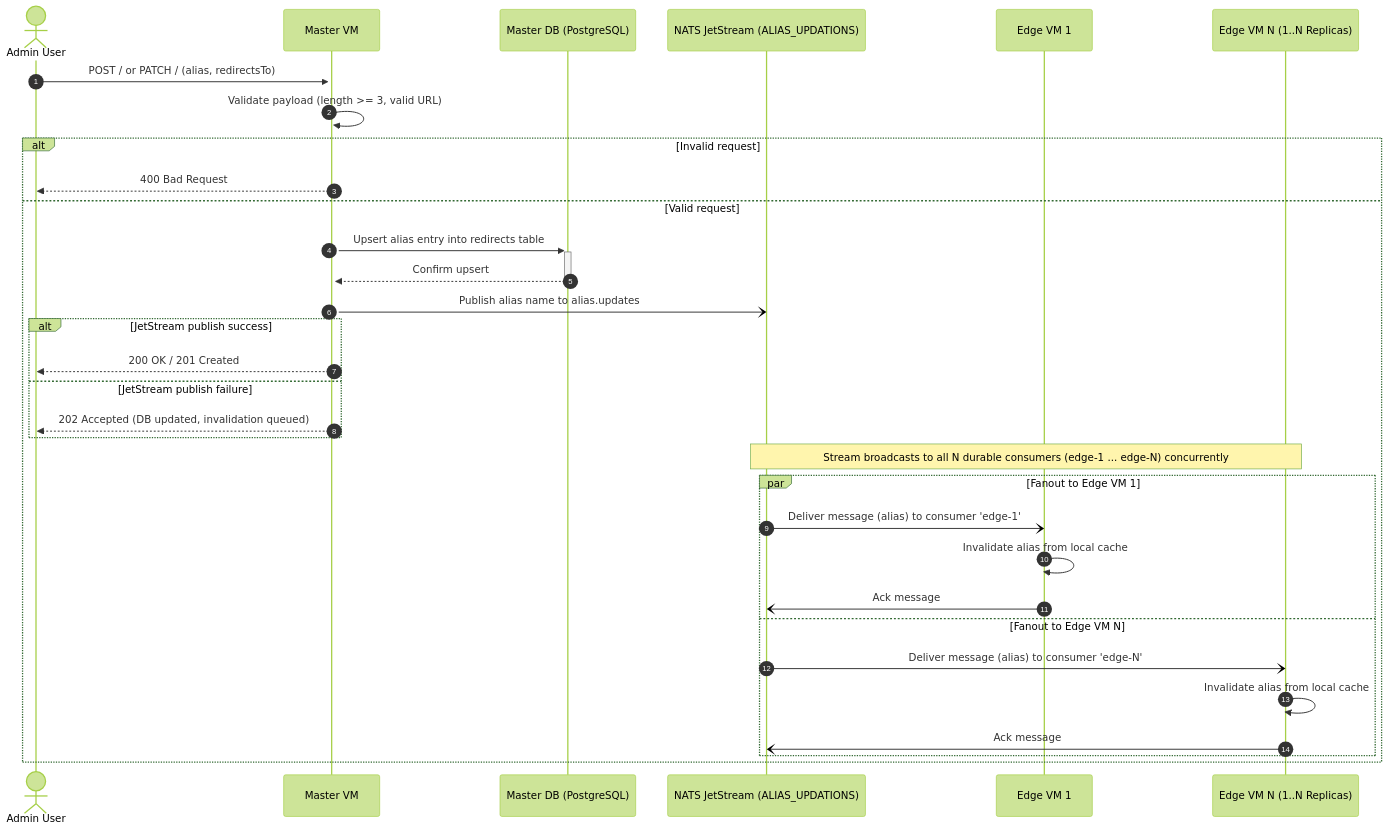
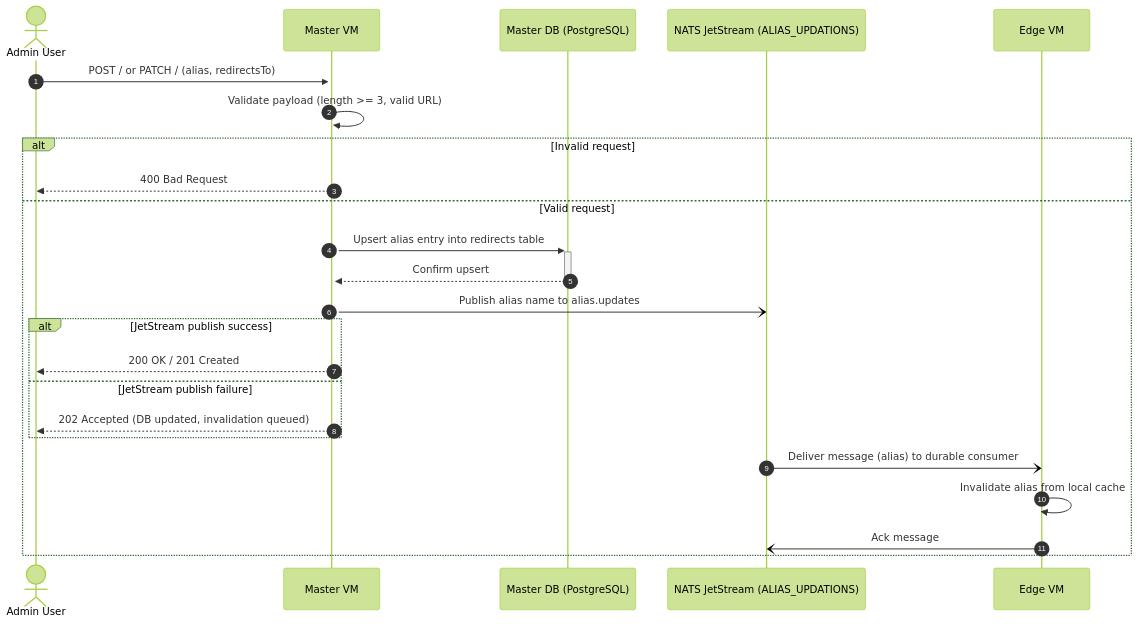
Before and after one commit to AyushmanTripathy/url-shortener: the third of 9 diagrams in Readme.md, drawn with Mermaid (forest theme). The commit also changed other lines of this file, not shown here.

First line of the commit message:
docs: simplify Revision 3 diagrams to single edge instance

````diff
--- a/Readme.md
+++ b/Readme.md
@@ -144,36 +125,28 @@
 ```mermaid
 sequenceDiagram
     autonumber
     actor Admin as Admin User
     participant Master as Master VM
     participant DB as Master DB (PostgreSQL)
     participant NATS as NATS JetStream (ALIAS_UPDATIONS)
-    participant Edge1 as Edge VM 1
-    participant EdgeN as Edge VM N (1..N Replicas)
+    participant Edge as Edge VM
 
     Admin->>+Master: POST / or PATCH / (alias, redirectsTo)
     Master->>Master: Validate payload (length >= 3, valid URL)
     alt Invalid request
         Master-->>Admin: 400 Bad Request
     else Valid request
         Master->>+DB: Upsert alias entry into redirects table
         DB-->>-Master: Confirm upsert
         Master-)NATS: Publish alias name to alias.updates
         alt JetStream publish success
             Master-->>Admin: 200 OK / 201 Created
         else JetStream publish failure
             Master-->>Admin: 202 Accepted (DB updated, invalidation queued)
         end
 
-        Note over NATS,EdgeN: Stream broadcasts to all N durable consumers (edge-1 ... edge-N) concurrently
-        par Fanout to Edge VM 1
-            NATS-)Edge1: Deliver message (alias) to consumer 'edge-1'
-            Edge1->>Edge1: Invalidate alias from local cache
-            Edge1-)NATS: Ack message
-        and Fanout to Edge VM N
-            NATS-)EdgeN: Deliver message (alias) to consumer 'edge-N'
-            EdgeN->>EdgeN: Invalidate alias from local cache
-            EdgeN-)NATS: Ack message
-        end
+        NATS-)Edge: Deliver message (alias) to durable consumer
+        Edge->>Edge: Invalidate alias from local cache
+        Edge-)NATS: Ack message
     end
 ```
````
